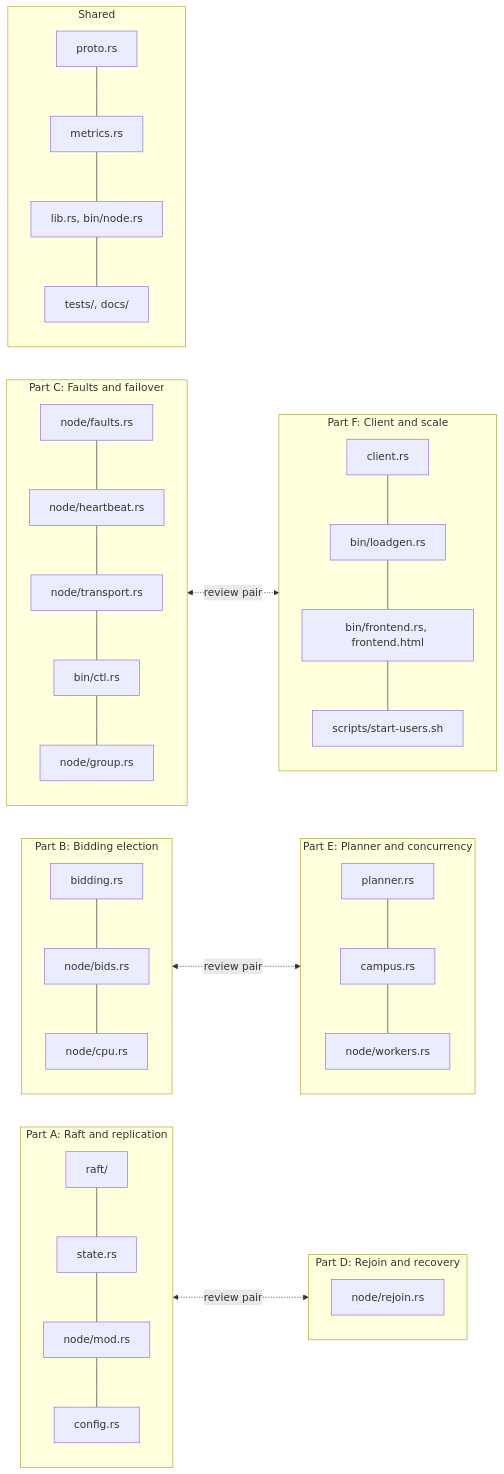
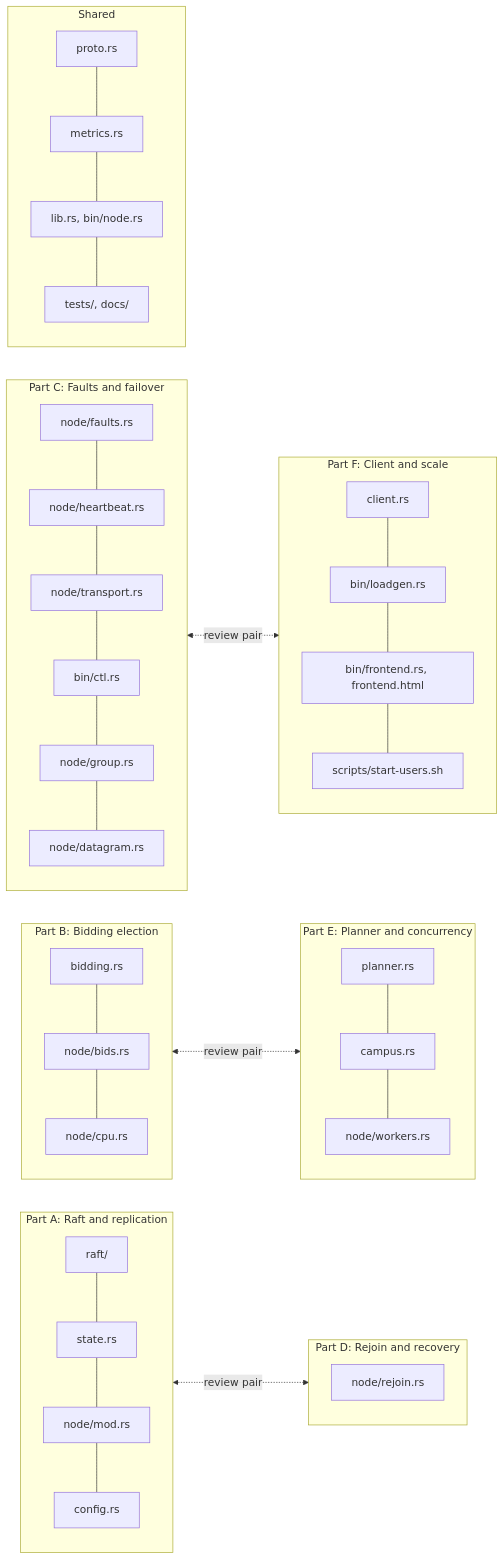
The sixth of 47 diagrams in docs/architecture.md (noortaytoy1/DistributedSystems), drawn with Mermaid before and after one commit. The commit also changed other lines of this file and 8 other files, not shown here.

````diff
--- a/docs/architecture.md
+++ b/docs/architecture.md
@@ -315,27 +370,27 @@
 ```mermaid
 flowchart LR
     subgraph A["Part A: Raft and replication"]
         A1["raft/"] --- A2["state.rs"] --- A3["node/mod.rs"] --- A4["config.rs"]
     end
     subgraph B["Part B: Bidding election"]
         B1["bidding.rs"] --- B2["node/bids.rs"] --- B3["node/cpu.rs"]
     end
     subgraph C["Part C: Faults and failover"]
-        C1["node/faults.rs"] --- C2["node/heartbeat.rs"] --- C3["node/transport.rs"] --- C4["bin/ctl.rs"] --- C5["node/group.rs"]
+        C1["node/faults.rs"] --- C2["node/heartbeat.rs"] --- C3["node/transport.rs"] --- C4["bin/ctl.rs"] --- C5["node/group.rs"] --- C6["node/datagram.rs"]
     end
     subgraph D["Part D: Rejoin and recovery"]
         D1["node/rejoin.rs"]
     end
     subgraph E["Part E: Planner and concurrency"]
         E1["planner.rs"] --- E2["campus.rs"] --- E3["node/workers.rs"]
     end
     subgraph F["Part F: Client and scale"]
         F1["client.rs"] --- F2["bin/loadgen.rs"] --- F3["bin/frontend.rs, frontend.html"] --- F4["scripts/start-users.sh"]
     end
     subgraph S["Shared"]
         S1["proto.rs"] --- S2["metrics.rs"] --- S3["lib.rs, bin/node.rs"] --- S4["tests/, docs/"]
     end
     A <-.->|"review pair"| D
     B <-.->|"review pair"| E
     C <-.->|"review pair"| F
 ```
````
